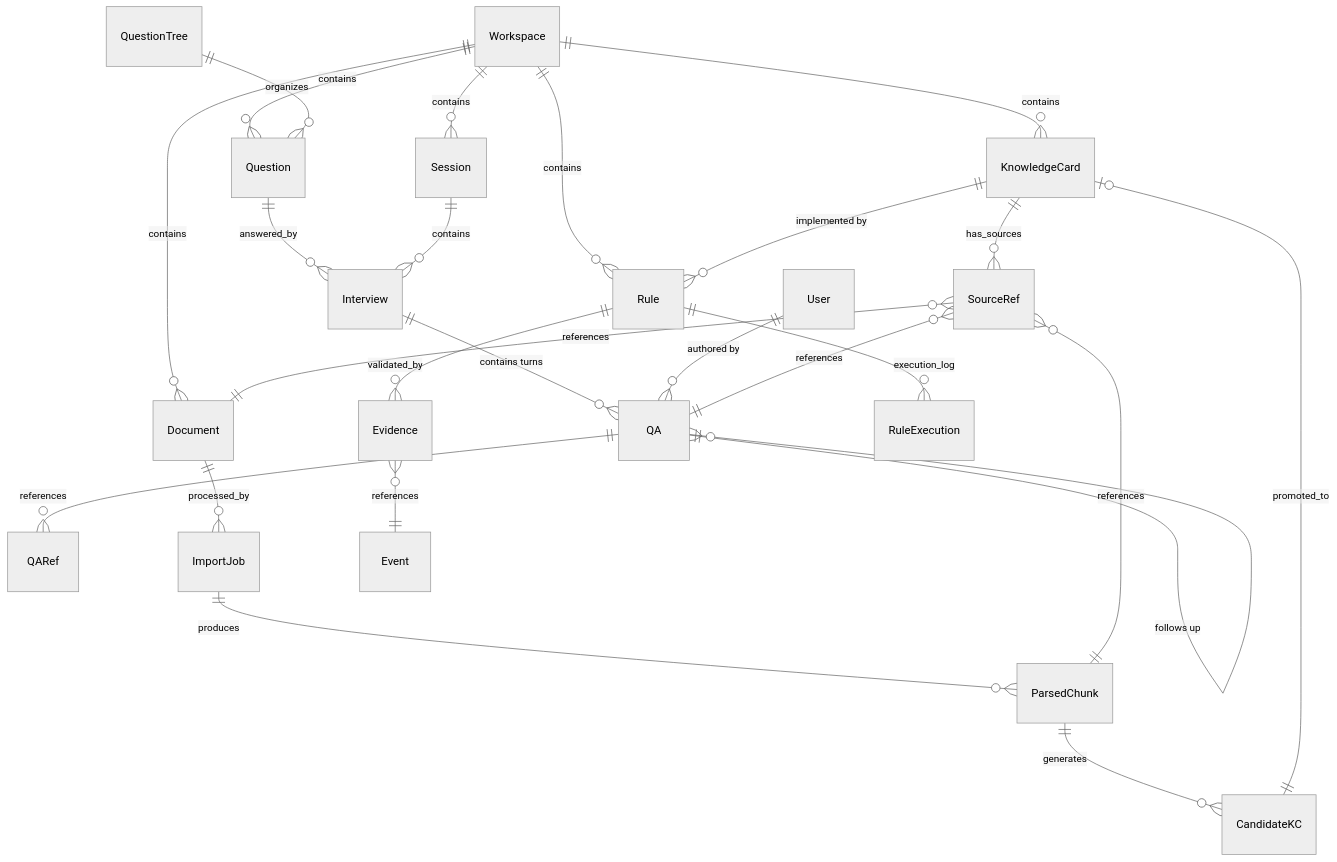
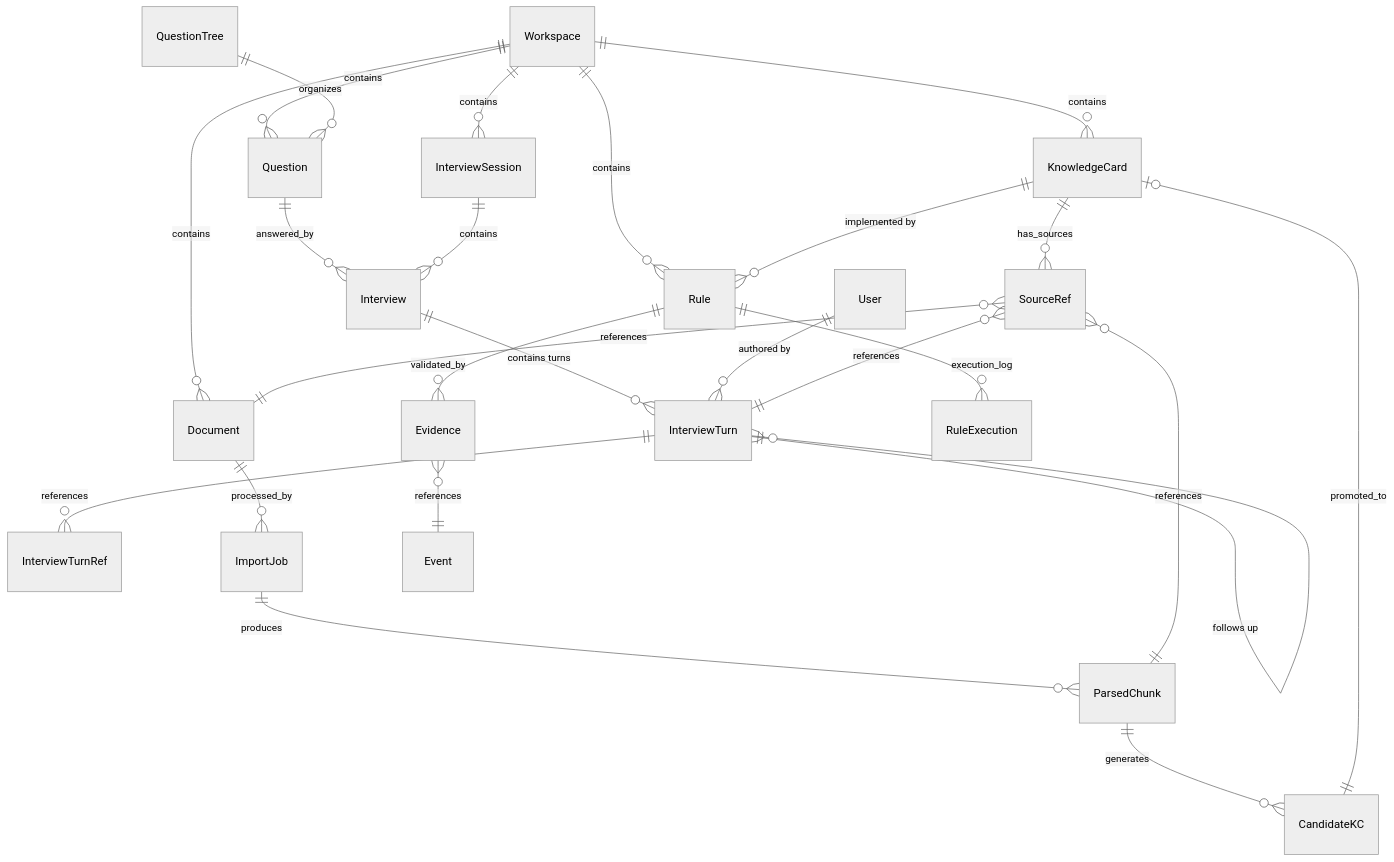
One commit to zhaoxin34/matrix changed the diagram in neo/design/docs/technical/knlg-base/01-database-schema.md. Above: the diagram before and after it, drawn with Mermaid (neutral theme). The commit also changed other lines of this file and 97 other files, not shown here.

````diff
--- a/neo/design/docs/technical/knlg-base/01-database-schema.md
+++ b/neo/design/docs/technical/knlg-base/01-database-schema.md
@@ -38,33 +38,33 @@
 ```mermaid
 erDiagram
     Workspace ||--o{ Question : contains
     Workspace ||--o{ KnowledgeCard : contains
     Workspace ||--o{ Rule : contains
     Workspace ||--o{ Document : contains
-    Workspace ||--o{ Session : contains
+    Workspace ||--o{ InterviewSession : contains
 
     QuestionTree ||--o{ Question : organizes
     Question ||--o{ Interview : answered_by
-    Session ||--o{ Interview : contains
-    Interview ||--o{ QA : "contains turns"
-    QA ||--o{ QARef : references
-    QA ||--o{ QA : "follows up"
+    InterviewSession ||--o{ Interview : contains
+    Interview ||--o{ InterviewTurn : "contains turns"
+    InterviewTurn ||--o{ InterviewTurnRef : references
+    InterviewTurn ||--o{ InterviewTurn : "follows up"
 
-    User ||--o{ QA : "authored by"
+    User ||--o{ InterviewTurn : "authored by"
 
     Document ||--o{ ImportJob : processed_by
     ImportJob ||--o{ ParsedChunk : produces
     ParsedChunk ||--o{ CandidateKC : generates
 
     CandidateKC ||--o| KnowledgeCard : promoted_to
     KnowledgeCard ||--o{ SourceRef : has_sources
     SourceRef }o--|| Document : "references"
-    SourceRef }o--|| QA : "references"
+    SourceRef }o--|| InterviewTurn : "references"
     SourceRef }o--|| ParsedChunk : "references"
 
     KnowledgeCard ||--o{ Rule : "implemented by"
     Rule ||--o{ Evidence : validated_by
     Evidence }o--|| Event : "references"
 
     Rule ||--o{ RuleExecution : execution_log
 ```
````
